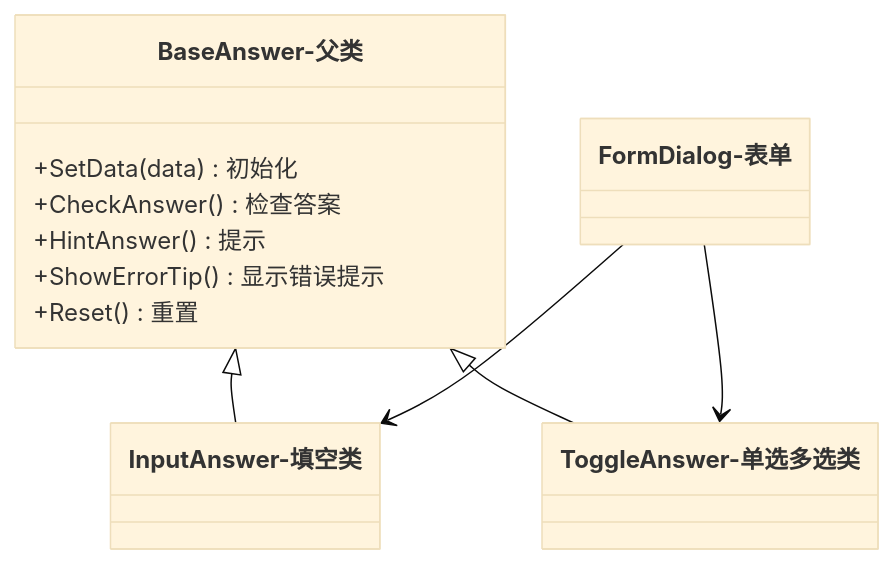
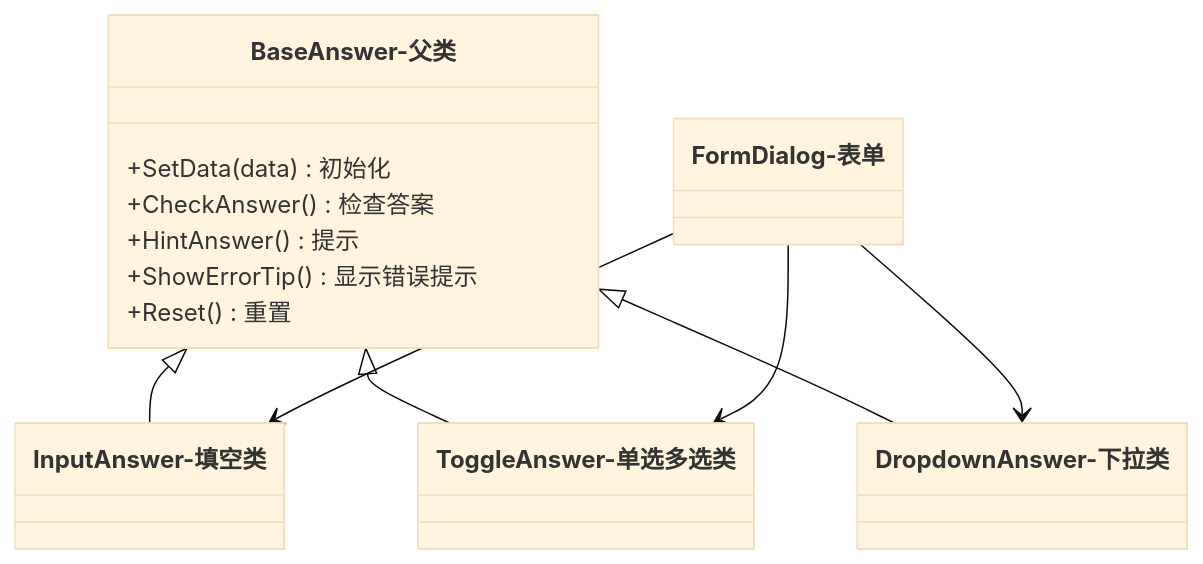
One commit to yi977/Markdown changed the second of 5 diagrams in 文件/Unity开发基础.md. Above: the diagram before and after it, drawn with Mermaid (base theme). The commit also changed other lines of this file and 42 other files, not shown here.

````diff
--- a/文件/Unity开发基础.md
+++ b/文件/Unity开发基础.md
@@ -580,19 +688,22 @@
 ```mermaid
 classDiagram
     class BaseAnswer-父类 {
         +SetData(data)初始化
         +CheckAnswer()检查答案
         +HintAnswer()提示
         +ShowErrorTip()显示错误提示
         +Reset()重置
     }
 
     class InputAnswer-填空类
     class ToggleAnswer-单选多选类
+    class DropdownAnswer-下拉类
     class FormDialog-表单
 
     BaseAnswer-父类 <|-- InputAnswer-填空类
     BaseAnswer-父类 <|-- ToggleAnswer-单选多选类
+    BaseAnswer-父类 <|-- DropdownAnswer-下拉类
     FormDialog-表单 --> InputAnswer-填空类
     FormDialog-表单 --> ToggleAnswer-单选多选类
+    FormDialog-表单 --> DropdownAnswer-下拉类
 ```
````
